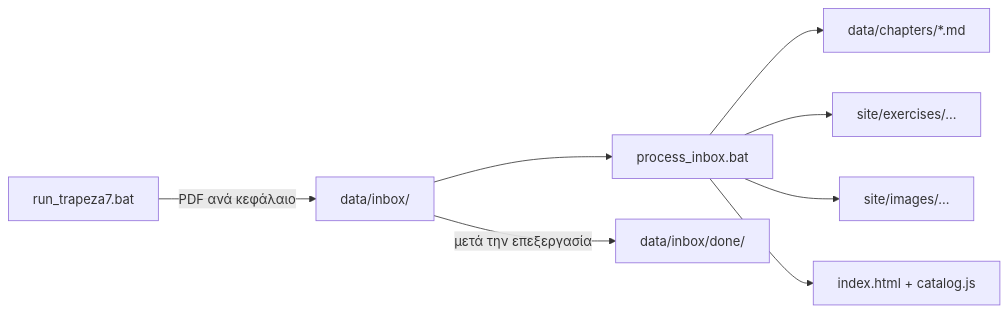
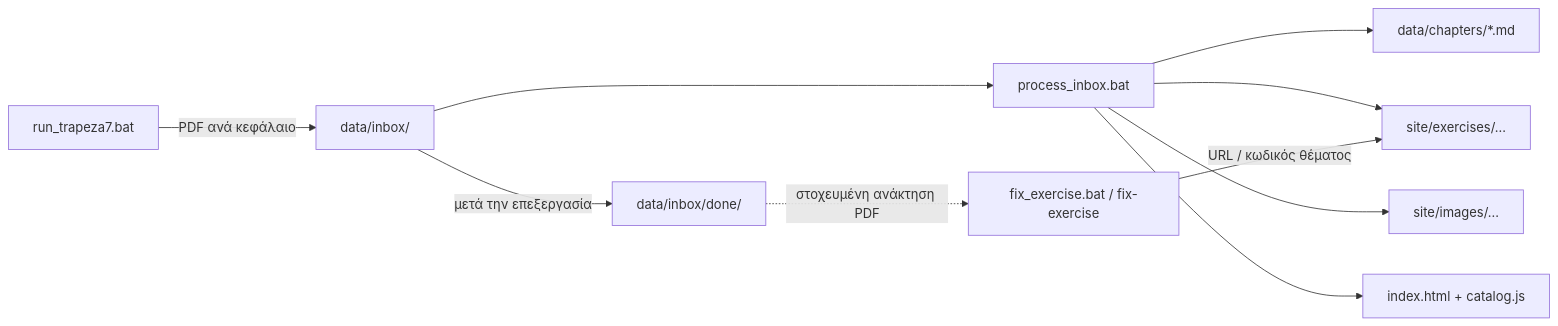
Before and after one commit to 4gnosin/agent1: the diagram in README.md, drawn with Mermaid. The commit also changed other lines of this file and 788 other files, not shown here.

````diff
--- a/README.md
+++ b/README.md
@@ -25,10 +26,12 @@
 ```mermaid
 flowchart LR
     A["run_trapeza7.bat"] -->|"PDF ανά κεφάλαιο"| B["data/inbox/"]
     B --> C["process_inbox.bat"]
     C --> D["data/chapters/*.md"]
     C --> E["site/exercises/..."]
     C --> F["site/images/..."]
     C --> G["index.html + catalog.js"]
     B -->|"μετά την επεξεργασία"| H["data/inbox/done/"]
+    I["fix_exercise.bat / fix-exercise"] -->|"URL / κωδικός θέματος"| E
+    H -.->|"στοχευμένη ανάκτηση PDF"| I
 ```
````
